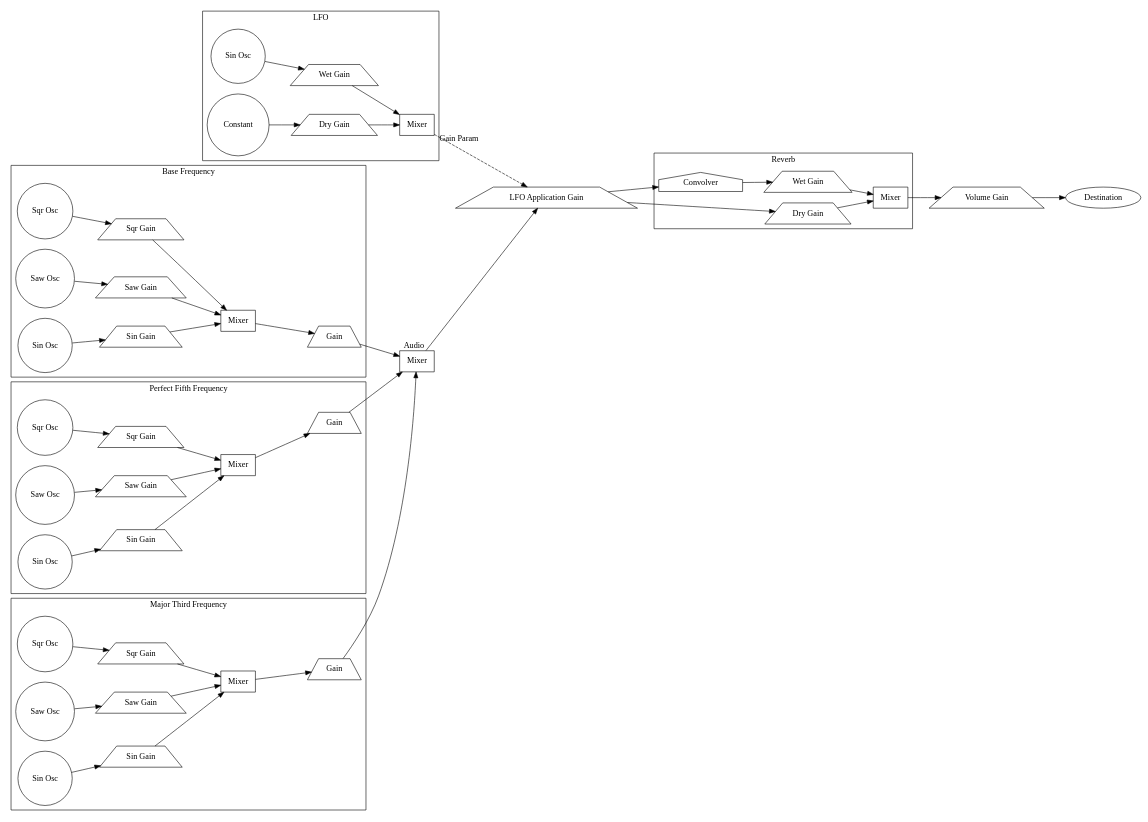
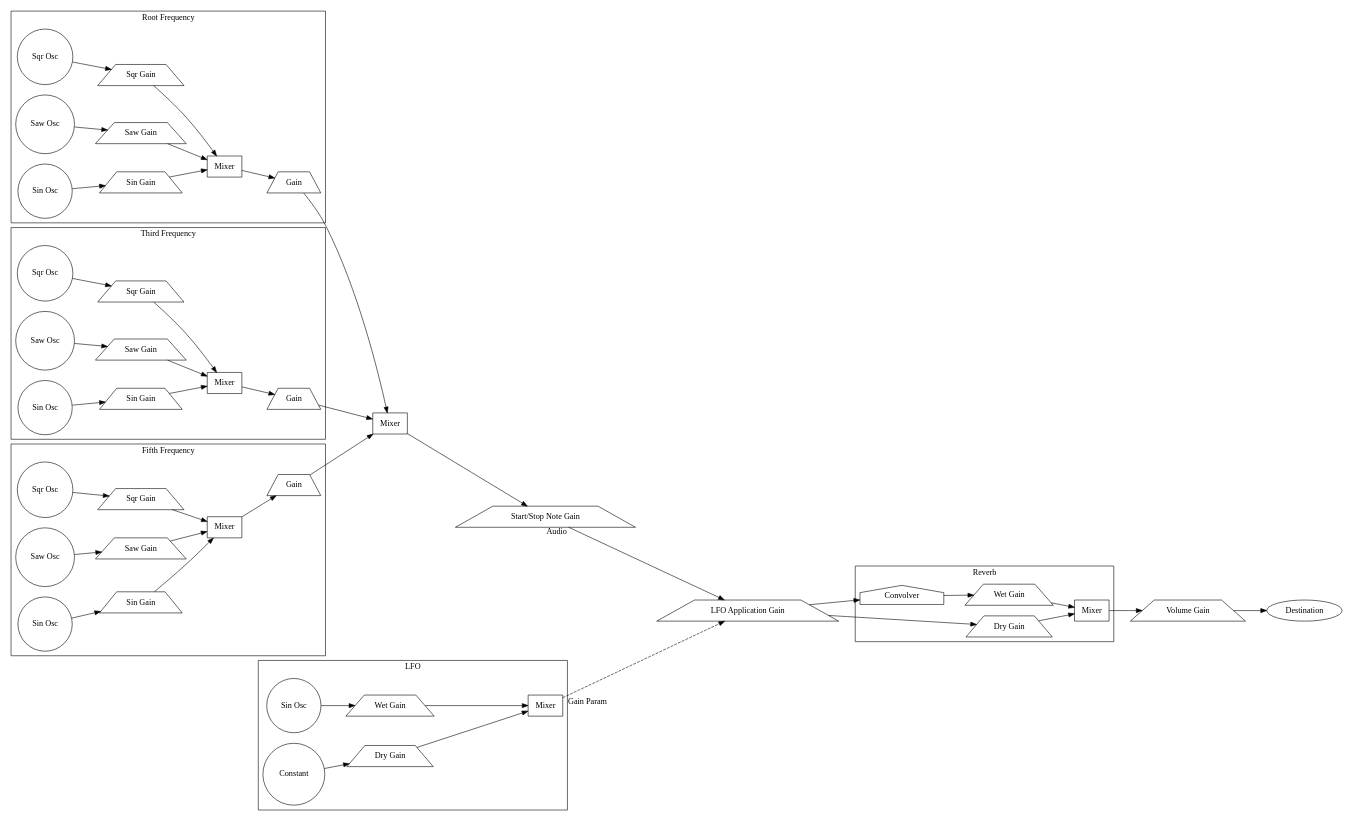
One commit to radioprotector/hex-grid changed the diagram in audio.dot. Above: the diagram before and after it, drawn with Graphviz. The commit also changed 1 other file, not shown here.

Commit message:
add chord progression support - start #1

```diff
--- a/audio.dot
+++ b/audio.dot
@@ -1,125 +1,127 @@
 digraph audio {
   rankdir = "LR"
 
   subgraph cluster_BaseFreq {
-    label = "Base Frequency"
+    label = "Root Frequency"
 
     BaseFreqSquare [label="Sqr Osc", shape="circle", comment="Frequency based on lightness"]
     BaseFreqSawtooth [label="Saw Osc", shape="circle", comment="Frequency based on lightness"]
     BaseFreqSine [label="Sin Osc", shape="circle", comment="Frequency based on lightness"]
 
     BaseFreqSquareGain [label="Sqr Gain", shape="trapezium", comment="Gain based on hue"]
     BaseFreqSawtoothGain [label="Saw Gain", shape="trapezium", comment="Gain based on hue"]
     BaseFreqSineGain [label="Sin Gain", shape="trapezium", comment="Gain based on hue"]
 
     BaseFreqMixer [label="Mixer", shape="box"]
     BaseFreqOverallGain [label="Gain", shape="trapezium"]
 
     BaseFreqSquare -> BaseFreqSquareGain
     BaseFreqSawtooth -> BaseFreqSawtoothGain
     BaseFreqSine -> BaseFreqSineGain
 
     BaseFreqSquareGain -> BaseFreqMixer
     BaseFreqSawtoothGain -> BaseFreqMixer
     BaseFreqSineGain -> BaseFreqMixer
 
     BaseFreqMixer -> BaseFreqOverallGain
   }
 
   subgraph cluster_ThirdFreq {
-    label = "Major Third Frequency"
+    label = "Third Frequency"
 
     ThirdFreqSquare [label="Sqr Osc", shape="circle", comment="Frequency based on lightness"]
     ThirdFreqSawtooth [label="Saw Osc", shape="circle", comment="Frequency based on lightness"]
     ThirdFreqSine [label="Sin Osc", shape="circle", comment="Frequency based on lightness"]
 
     ThirdFreqSquareGain [label="Sqr Gain", shape="trapezium", comment="Gain based on hue"]
     ThirdFreqSawtoothGain [label="Saw Gain", shape="trapezium", comment="Gain based on hue"]
     ThirdFreqSineGain [label="Sin Gain", shape="trapezium", comment="Gain based on hue"]
 
     ThirdFreqMixer [label="Mixer", shape="box"]
     ThirdFreqOverallGain [label="Gain", shape="trapezium", comment="Gain based on saturation"]
 
     ThirdFreqSquare -> ThirdFreqSquareGain
     ThirdFreqSawtooth -> ThirdFreqSawtoothGain
     ThirdFreqSine -> ThirdFreqSineGain
 
     ThirdFreqSquareGain -> ThirdFreqMixer
     ThirdFreqSawtoothGain -> ThirdFreqMixer
     ThirdFreqSineGain -> ThirdFreqMixer
 
     ThirdFreqMixer -> ThirdFreqOverallGain
   }
 
   subgraph cluster_FifthFreq {
-    label = "Perfect Fifth Frequency"
+    label = "Fifth Frequency"
 
     FifthFreqSquare [label="Sqr Osc", shape="circle", comment="Frequency based on lightness"]
     FifthFreqSawtooth [label="Saw Osc", shape="circle", comment="Frequency based on lightness"]
     FifthFreqSine [label="Sin Osc", shape="circle", comment="Frequency based on lightness"]
 
     FifthFreqSquareGain [label="Sqr Gain", shape="trapezium", comment="Gain based on hue"]
     FifthFreqSawtoothGain [label="Saw Gain", shape="trapezium", comment="Gain based on hue"]
     FifthFreqSineGain [label="Sin Gain", shape="trapezium", comment="Gain based on hue"]
 
     FifthFreqMixer [label="Mixer", shape="box"]
     FifthFreqOverallGain [label="Gain", shape="trapezium", comment="Gain based on saturation"]
 
     FifthFreqSquare -> FifthFreqSquareGain
     FifthFreqSawtooth -> FifthFreqSawtoothGain
     FifthFreqSine -> FifthFreqSineGain
 
     FifthFreqSquareGain -> FifthFreqMixer
     FifthFreqSawtoothGain -> FifthFreqMixer
     FifthFreqSineGain -> FifthFreqMixer
 
     FifthFreqMixer -> FifthFreqOverallGain
   }
 
   subgraph cluster_Lfo {
     label = "LFO"
 
     LfoWetOscillator [label="Sin Osc", shape="circle", comment="Frequency based on LFO frequency"]
     LfoDryConstant [label="Constant", shape="circle"]
     LfoWetGain [label="Wet Gain", shape="trapezium", comment="Gain based on LFO intensity"]
     LfoDryGain [label="Dry Gain", shape="trapezium", comment="Gain based on lack of LFO intensity"]
 
     LfoMixer [label="Mixer", shape="box"]
 
     LfoWetOscillator -> LfoWetGain
     LfoDryConstant -> LfoDryGain
 
     LfoWetGain -> LfoMixer
     LfoDryGain -> LfoMixer
   }
 
   subgraph cluster_Reverb {
     label = "Reverb"
 
     ReverbConvolver [label="Convolver", shape="house"]
     ReverbWetGain [label="Wet Gain", shape="trapezium", comment="Gain based on reverb intensity"]
     ReverbDryGain [label="Dry Gain", shape="trapezium", comment="Gain based on lack of reverb intensity"]
     ReverbMixer   [label="Mixer", shape="box"]
 
     ReverbConvolver -> ReverbWetGain
     ReverbWetGain -> ReverbMixer
     ReverbDryGain -> ReverbMixer
   }
 
   FrequenciesMixer [label="Mixer", shape="box"]
+  StartStopGain [label="Start/Stop Note Gain", shape="trapezium"]
   LfoApplyGain [label="LFO Application Gain", shape="trapezium"]
   OverallVolumeGain [label="Volume Gain", shape="trapezium", comment="Gain based on overall volume"]
 
   BaseFreqOverallGain -> FrequenciesMixer
   ThirdFreqOverallGain -> FrequenciesMixer
   FifthFreqOverallGain -> FrequenciesMixer
 
-  FrequenciesMixer -> LfoApplyGain [taillabel = "Audio"]
+  FrequenciesMixer -> StartStopGain
+  StartStopGain -> LfoApplyGain [taillabel = "Audio"]
   LfoMixer -> LfoApplyGain [taillabel = "Gain Param", style=dashed]
 
   LfoApplyGain -> ReverbConvolver
   LfoApplyGain -> ReverbDryGain
 
   ReverbMixer -> OverallVolumeGain
   OverallVolumeGain -> Destination
 }
```
